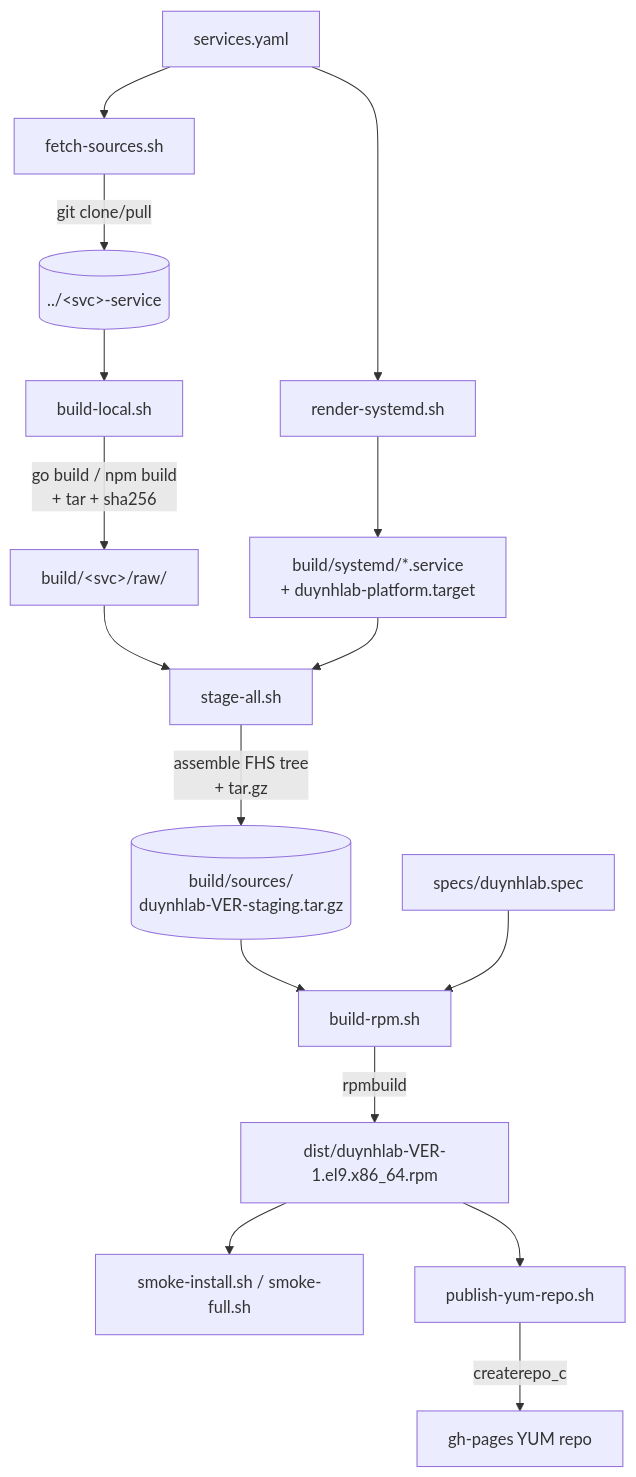
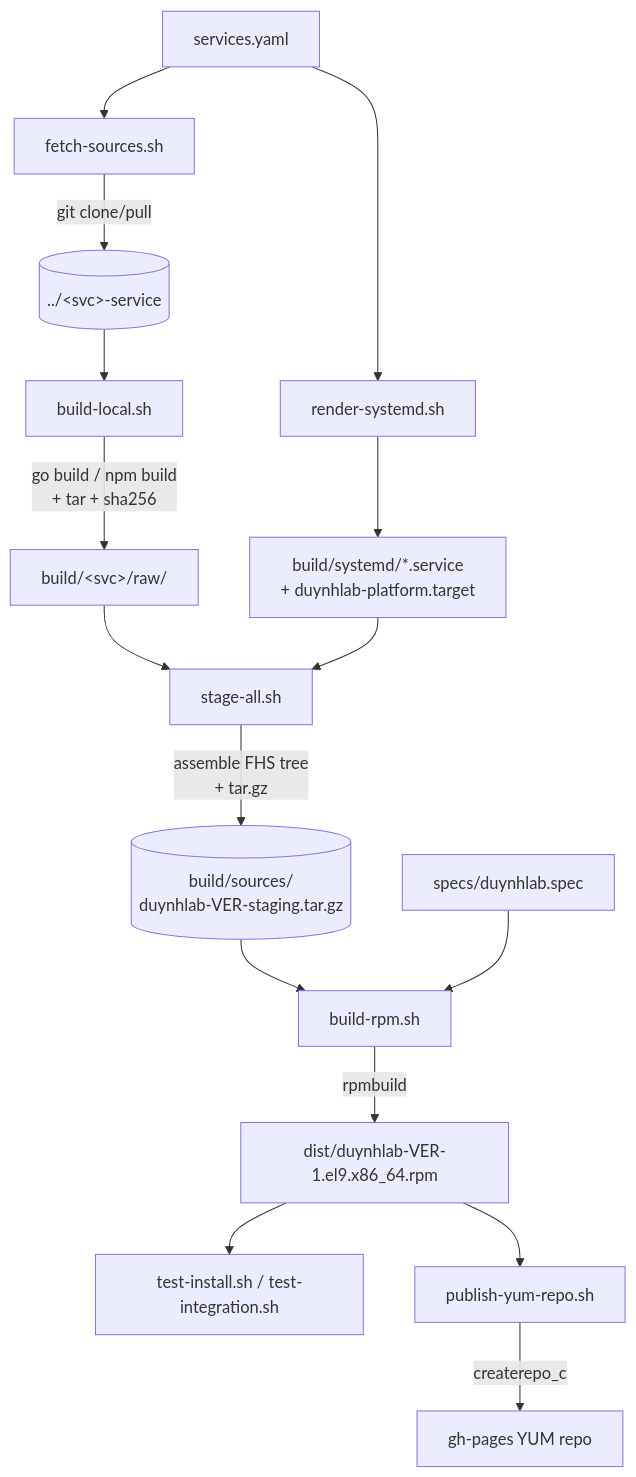
Before and after one commit to duynhlab/packages: the first of 2 diagrams in docs/build.md, drawn with Mermaid. The commit also changed other lines of this file and 7 other files, not shown here.

First line of the commit message:
ci: rename smoke tests to test-install/test-integration taxonomy

````diff
--- a/docs/build.md
+++ b/docs/build.md
@@ -11,18 +11,18 @@
 ```mermaid
 flowchart TD
   YML[services.yaml] --> FS[fetch-sources.sh]
   FS -->|git clone/pull| SRC[(../&lt;svc&gt;-service)]
   SRC --> BL[build-local.sh]
   BL -->|go build / npm build<br/>+ tar + sha256| RAW[build/&lt;svc&gt;/raw/]
   YML --> RS[render-systemd.sh]
   RS --> UNITS[build/systemd/*.service<br/>+ duynhlab-platform.target]
   RAW --> SA[stage-all.sh]
   UNITS --> SA
   SA -->|assemble FHS tree<br/>+ tar.gz| SRC0[(build/sources/<br/>duynhlab-VER-staging.tar.gz)]
   SRC0 --> BR[build-rpm.sh]
   SPEC[specs/duynhlab.spec] --> BR
   BR -->|rpmbuild| RPM[dist/duynhlab-VER-1.el9.x86_64.rpm]
-  RPM --> SM[smoke-install.sh / smoke-full.sh]
+  RPM --> SM[test-install.sh / test-integration.sh]
   RPM --> PUB[publish-yum-repo.sh]
   PUB -->|createrepo_c| GH[gh-pages YUM repo]
 ```
````
